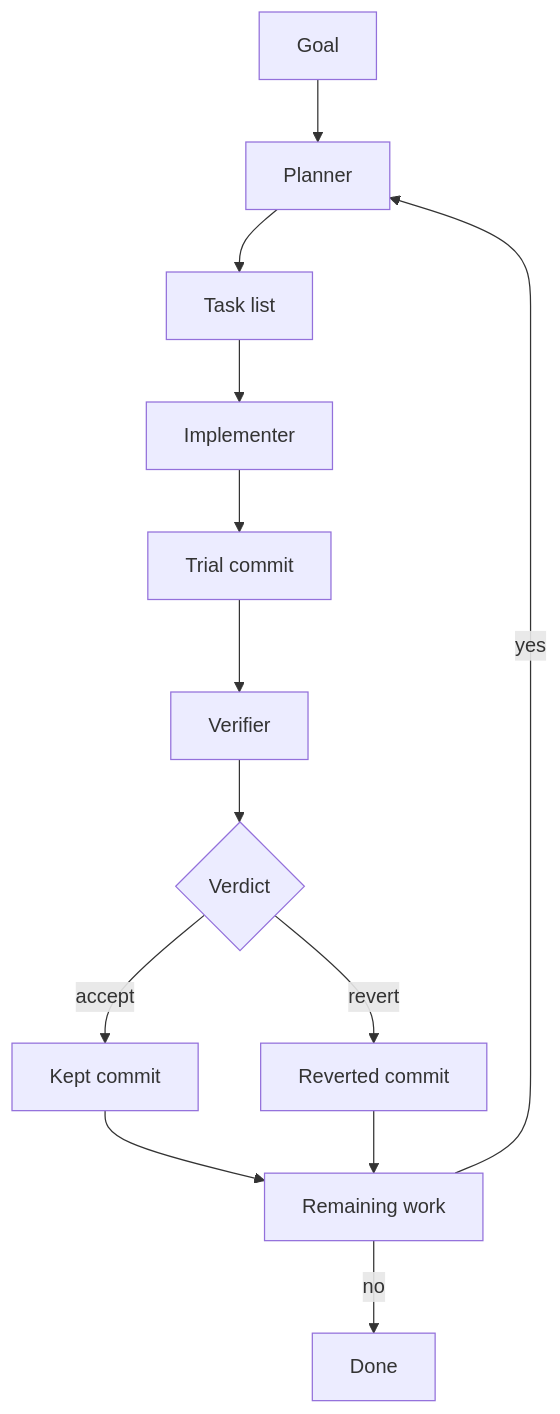
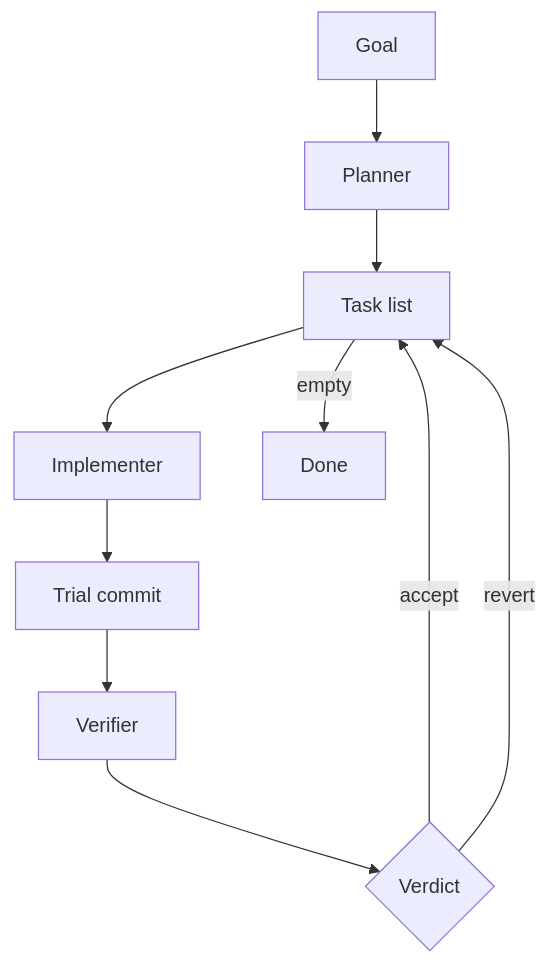
The diagram in README.md (0xabrar/harness), drawn with Mermaid before and after one commit.

Commit message:
docs(readme): simplify loop diagram

````diff
--- a/README.md
+++ b/README.md
@@ -15,15 +15,12 @@
 ```mermaid
 flowchart TD
     A[Goal] --> B[Planner]
     B --> C[Task list]
     C --> D[Implementer]
     D --> E[Trial commit]
     E --> F[Verifier]
     F --> G{Verdict}
-    G -->|accept| H[Kept commit]
-    G -->|revert| I[Reverted commit]
-    H --> J[Remaining work]
-    I --> J
-    J -->|yes| B
-    J -->|no| K[Done]
+    G -->|accept| C
+    G -->|revert| C
+    C -->|empty| H[Done]
 ```
````
